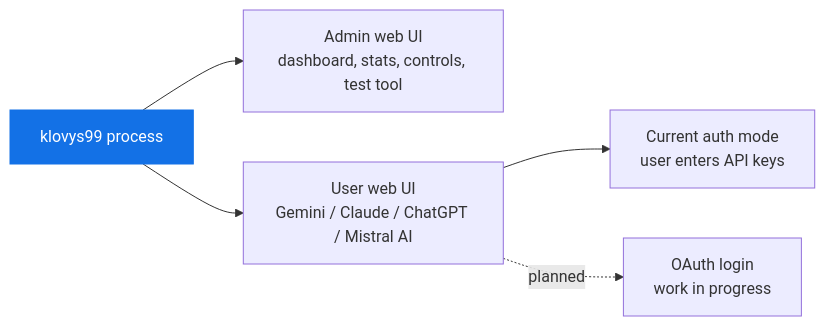
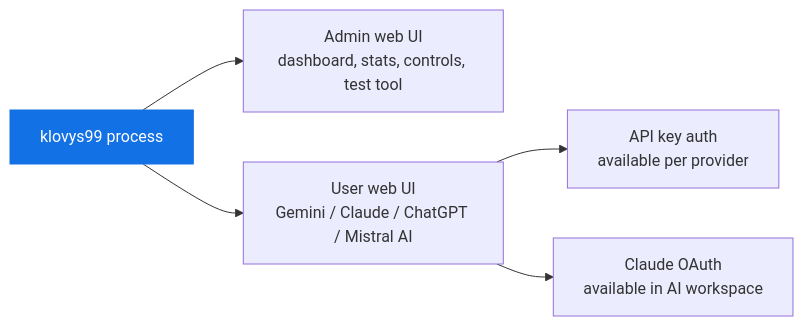
The third of 3 diagrams in README.md (Korbicorp/klovys99), drawn with Mermaid before and after one commit. The commit also changed other lines of this file, not shown here.

First line of the commit message:
docs(readme): align runtime and AI workspace documentation with current behavior

````diff
--- a/README.md
+++ b/README.md
@@ -68,16 +68,16 @@
 ```mermaid
 flowchart LR
     runtime["klovys99 process"]
     admin["Admin web UI<br/>dashboard, stats, controls, test tool"]
     chat["User web UI<br/>Gemini / Claude / ChatGPT / Mistral AI"]
-    auth["OAuth login<br/>work in progress"]
-    keys["Current auth mode<br/>user enters API keys"]
+    auth["Claude OAuth<br/>available in AI workspace"]
+    keys["API key auth<br/>available per provider"]
 
     runtime --> admin
     runtime --> chat
     chat --> keys
-    chat -. planned .-> auth
+    chat --> auth
 
     classDef klovys fill:#1371E6,stroke:#1371E6,color:#ffffff;
     class runtime klovys;
 ```
````
